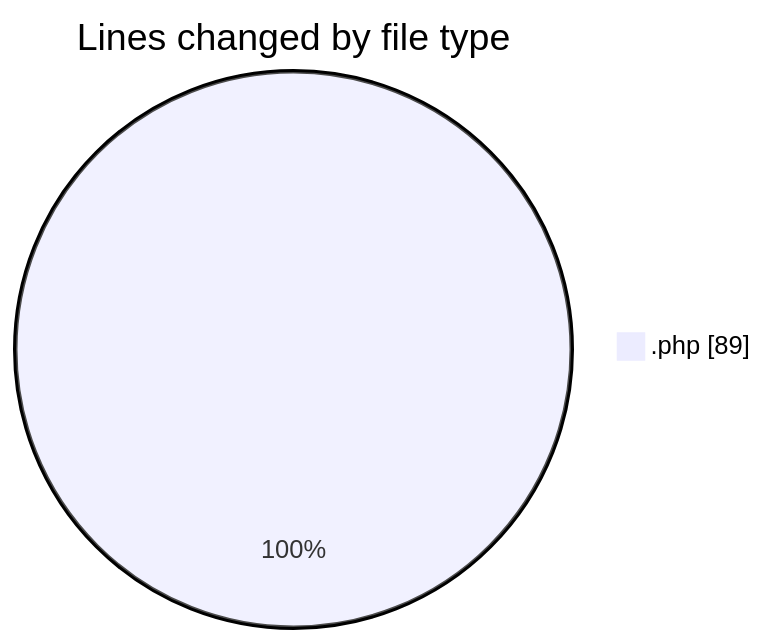
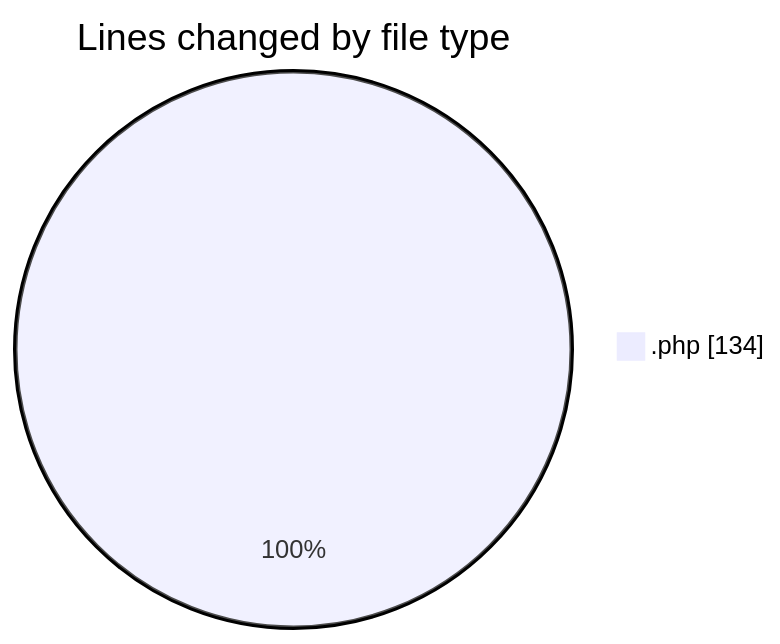
The first of 2 diagrams in 2025-03-25/kml/README.md (LanceThiago/code-tracking), drawn with Mermaid before and after one commit. The commit also changed other lines of this file and 1 other file, not shown here.

````diff
--- a/2025-03-25/kml/README.md
+++ b/2025-03-25/kml/README.md
@@ -20,5 +20,5 @@
 ```mermaid
 pie showData
 title Lines changed by file type
-".php" : 89
+".php" : 134
 ```
````
